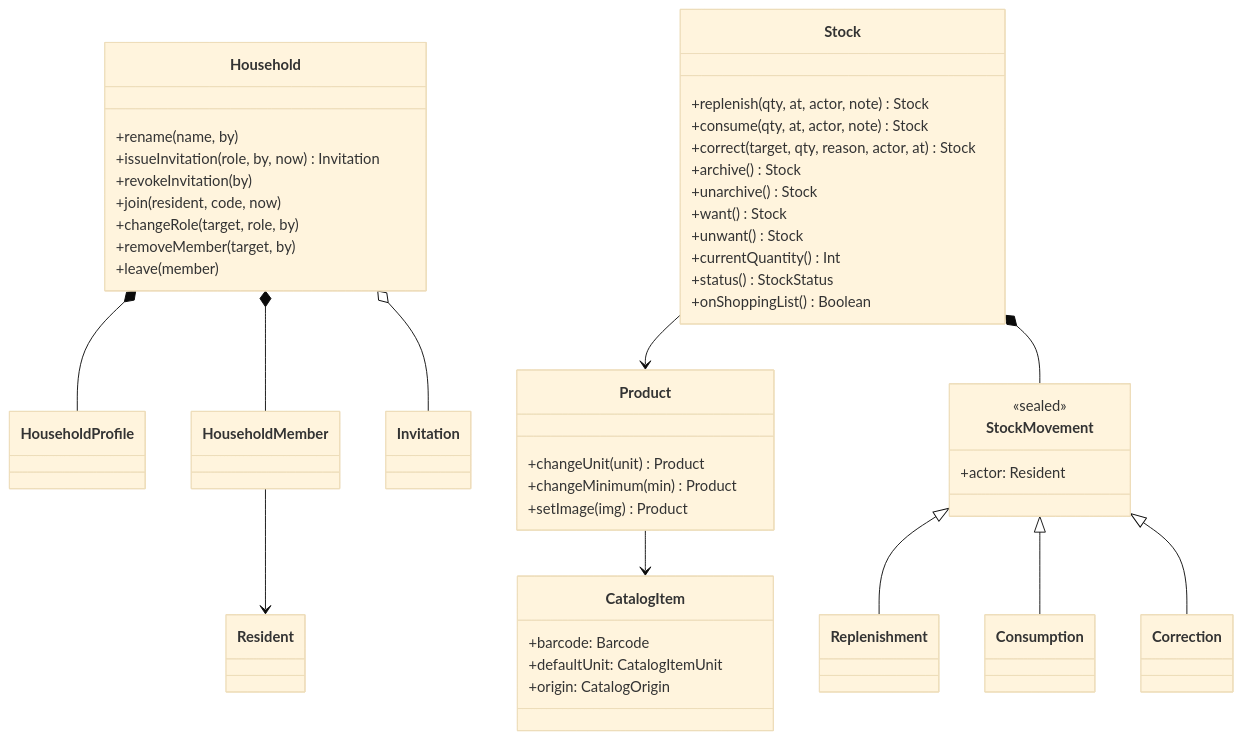
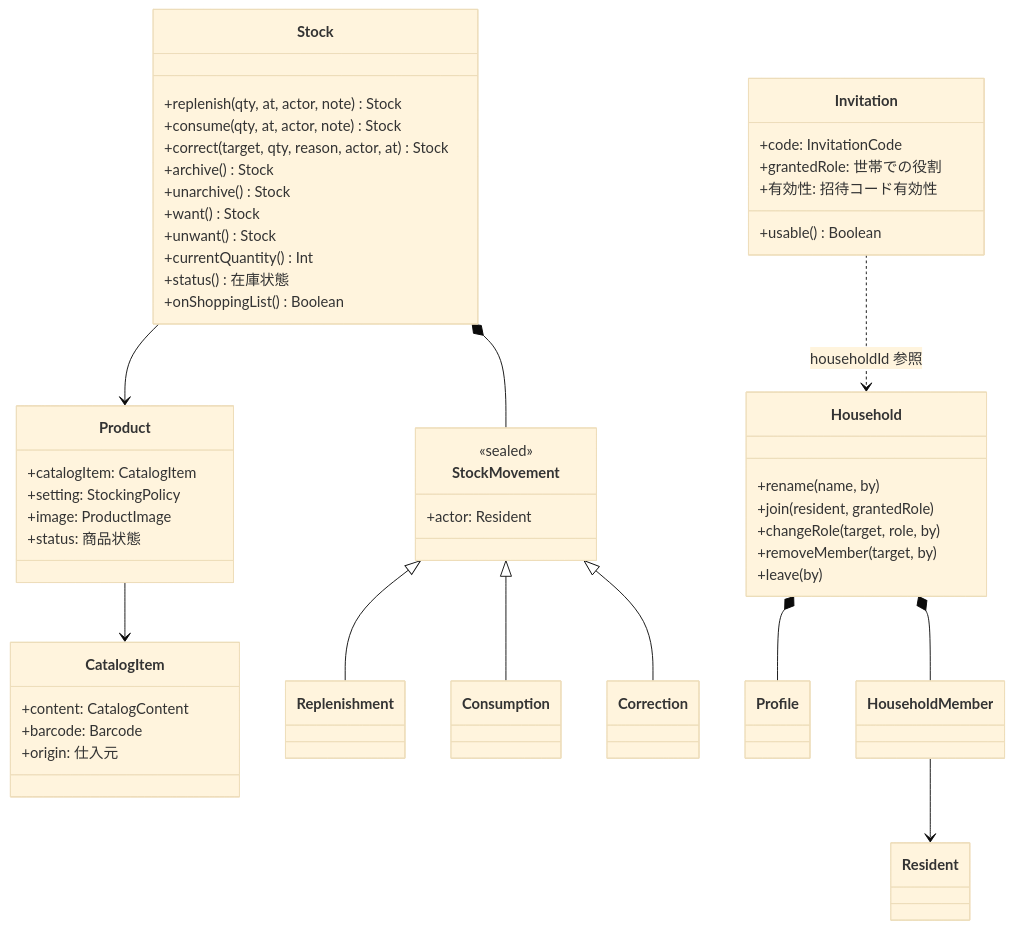
Before and after one commit to bright-room/mindstock: the fifth of 5 diagrams in docs/superpowers/specs/2026-05-31-mindstock-full-replace-design/02-iconix.md, drawn with Mermaid (base theme). The commit also changed other lines of this file and 1 other file, not shown here.

Commit message:
docs: 01/02 を 03 の招待別集約・区分日本語・構造化へ整合
- 招待: 別集約 Invitation 化、有効期限/単回使用を廃し「複数参加可・有効/無効」へ
  (UC4/UC8 の文言、B-4 classDiagram、schedules 注記)
- 区分を日本語に(世帯での役割/在庫状態/買い物要否/仕入元/商品状態 等)
- HouseholdProfile→Profile、HouseholdMembers→Members
- CatalogItem→content/barcode/origin、Product→setting/image/status の構造を反映

````diff
--- a/docs/superpowers/specs/2026-05-31-mindstock-full-replace-design/02-iconix.md
+++ b/docs/superpowers/specs/2026-05-31-mindstock-full-replace-design/02-iconix.md
@@ -176,48 +176,53 @@
 ```mermaid
 classDiagram
     class Household {
         +rename(name, by)
-        +issueInvitation(role, by, now) Invitation
-        +revokeInvitation(by)
-        +join(resident, code, now)
+        +join(resident, grantedRole)
         +changeRole(target, role, by)
         +removeMember(target, by)
-        +leave(member)
+        +leave(by)
+    }
+    class Invitation {
+        +code: InvitationCode
+        +grantedRole: 世帯での役割
+        +有効性: 招待コード有効性
+        +usable() Boolean
     }
     class Stock {
         +replenish(qty, at, actor, note) Stock
         +consume(qty, at, actor, note) Stock
         +correct(target, qty, reason, actor, at) Stock
         +archive() Stock
         +unarchive() Stock
         +want() Stock
         +unwant() Stock
         +currentQuantity() Int
-        +status() StockStatus
+        +status() 在庫状態
         +onShoppingList() Boolean
     }
     class Product {
-        +changeUnit(unit) Product
-        +changeMinimum(min) Product
-        +setImage(img) Product
+        +catalogItem: CatalogItem
+        +setting: StockingPolicy
+        +image: ProductImage
+        +status: 商品状態
     }
     class StockMovement {
         <<sealed>>
         +actor: Resident
     }
     class CatalogItem {
+        +content: CatalogContent
         +barcode: Barcode
-        +defaultUnit: CatalogItemUnit
-        +origin: CatalogOrigin
+        +origin: 仕入元
     }
     StockMovement <|-- Replenishment
     StockMovement <|-- Consumption
     StockMovement <|-- Correction
-    Household *-- HouseholdProfile
+    Household *-- Profile
     Household *-- HouseholdMember
-    Household o-- Invitation
+    Invitation ..> Household : householdId 参照
     HouseholdMember --> Resident
     Stock --> Product
     Product --> CatalogItem
     Stock *-- StockMovement
 ```
````
